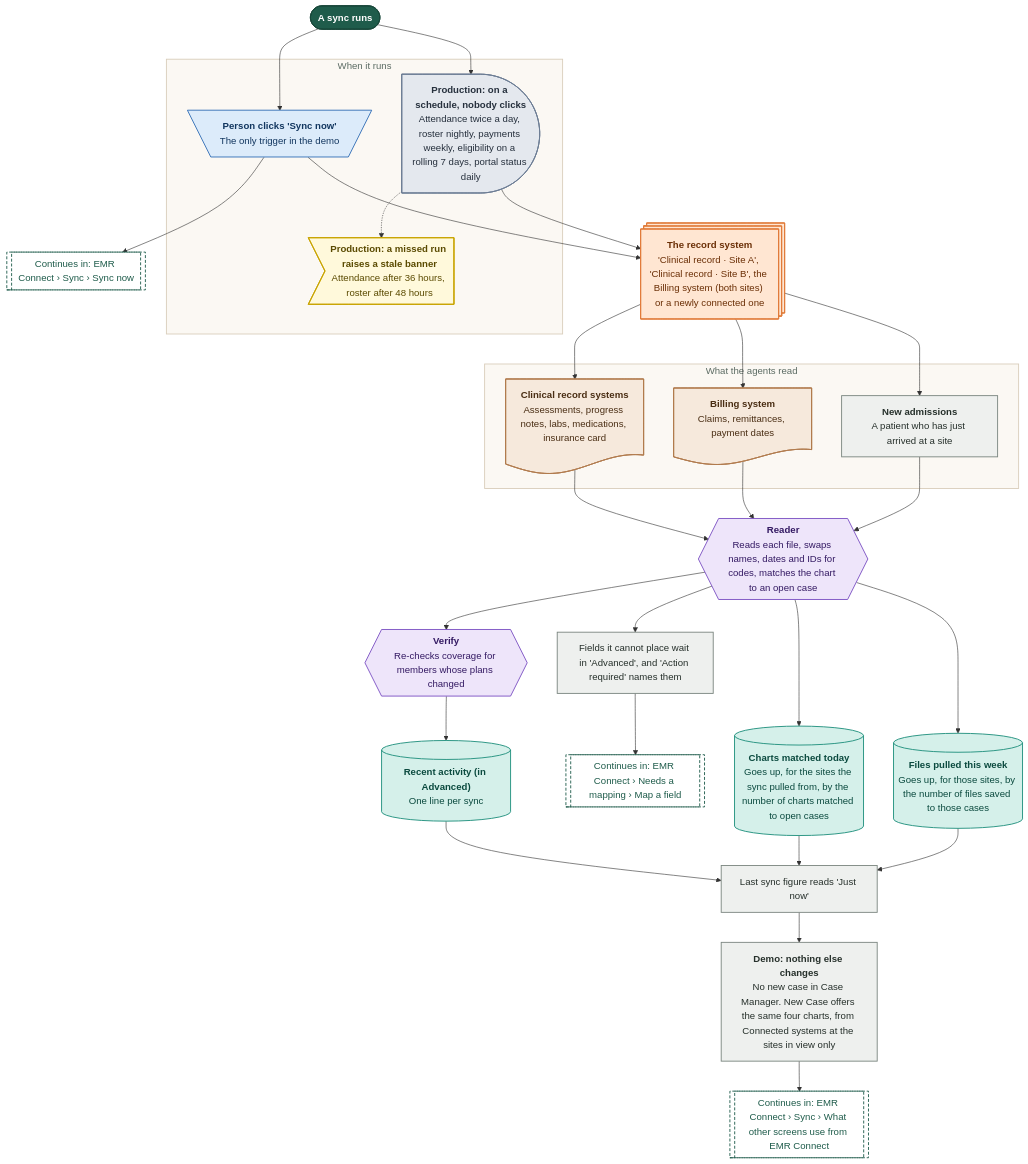
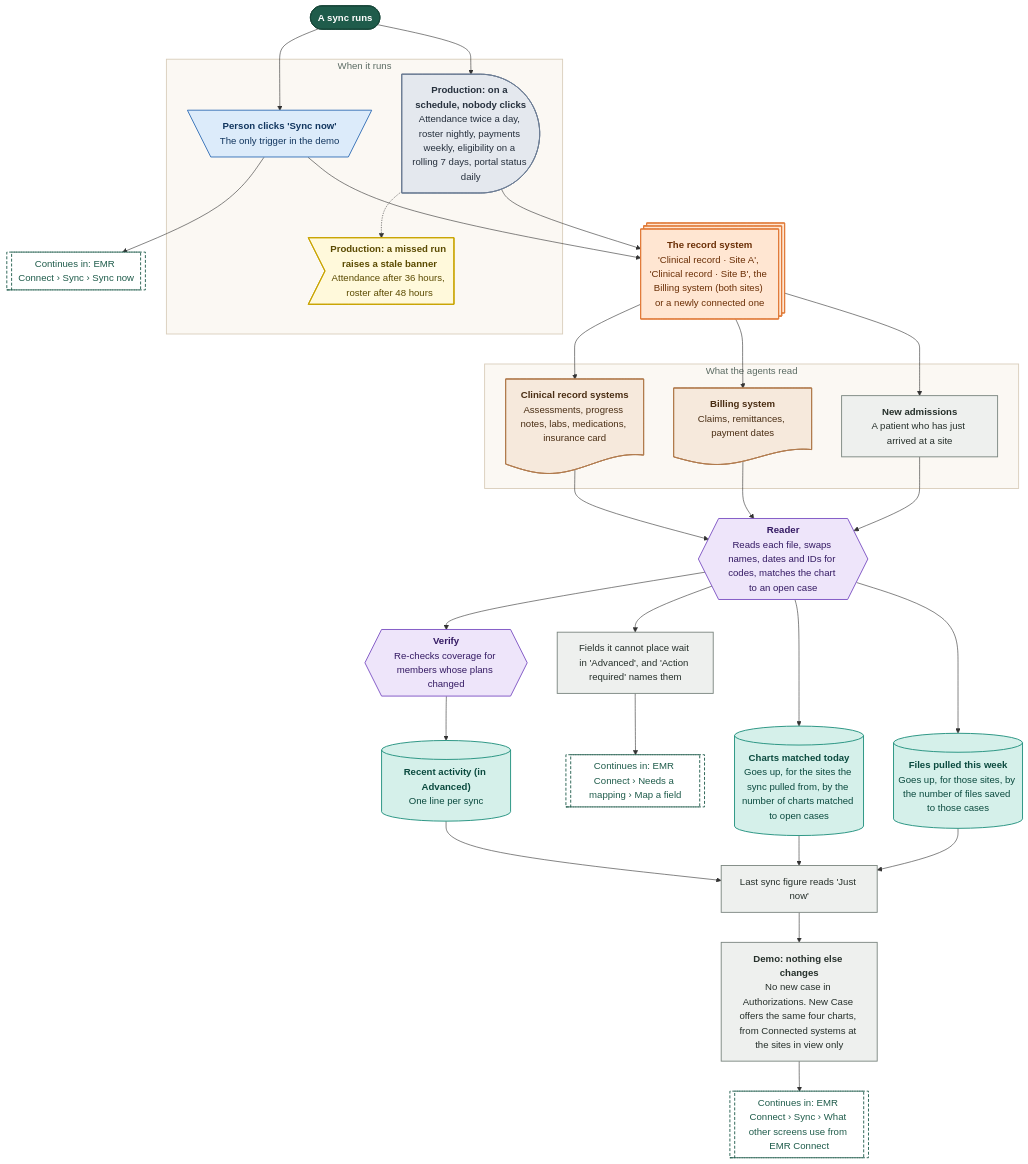
Before and after one commit to Shrav143/psyfloapp: diagram 12 of 22 in demos/prior-auth-demo/workflows/out/md/09-emr-connect.md, drawn with Mermaid. The commit also changed 113 other files, not shown here.

First line of the commit message:
docs: workflow diagrams for the merged Authorizations (worklist, approved, reviews and tracked cases, sidebar arrow), every link retargeted, 336 diagrams

````diff
--- a/demos/prior-auth-demo/workflows/out/md/09-emr-connect.md
+++ b/demos/prior-auth-demo/workflows/out/md/09-emr-connect.md
@@ -906,70 +906,70 @@
 ```mermaid
 %%{init: {"theme":"base","themeVariables":{"fontFamily":"'DM Sans', 'Segoe UI', system-ui, sans-serif","fontSize":"15px","lineColor":"#5B6B63","primaryTextColor":"#1C2B25","clusterBkg":"#FBF8F3","clusterBorder":"#D9CDBB","edgeLabelBackground":"#FFFFFF"},"flowchart":{"curve":"basis","nodeSpacing":36,"rankSpacing":48,"padding":12,"htmlLabels":true,"useMaxWidth":false,"wrappingWidth":230}} }%%
 flowchart TD
   classDef k_start fill:#1F5C4B,stroke:#174638,color:#FFFFFF,stroke-width:1.5px,font-weight:600
   classDef k_end fill:#DDEFE3,stroke:#2E7D4F,color:#14502F,stroke-width:1.5px,font-weight:600
   classDef k_endx fill:#FBE3E0,stroke:#C0392B,color:#7A1F16,stroke-width:1.5px,font-weight:600
   classDef k_screen fill:#FFFDF8,stroke:#1F5C4B,color:#1C2B25,stroke-width:2px
   classDef k_overlay fill:#F1F7F3,stroke:#1F5C4B,color:#1C2B25,stroke-width:2px,stroke-dasharray:5 3
   classDef k_click fill:#DCEBFA,stroke:#2F6DB5,color:#12365F,stroke-width:1.5px
   classDef k_input fill:#E4E7FF,stroke:#4C5FD5,color:#1D2670,stroke-width:1.5px
   classDef k_process fill:#EEF0EE,stroke:#7A857F,color:#26302B,stroke-width:1.5px
   classDef k_agent fill:#EEE5FA,stroke:#7A4FC2,color:#341A63,stroke-width:1.5px
   classDef k_decision fill:#FFF0CC,stroke:#D9962B,color:#5C3B00,stroke-width:1.5px
   classDef k_store fill:#D5F0EA,stroke:#1C8E7B,color:#0B4A3F,stroke-width:1.5px
   classDef k_doc fill:#F6E9DC,stroke:#B07A4C,color:#4A2E14,stroke-width:1.5px
   classDef k_ext fill:#FFE6D2,stroke:#E07B39,color:#6B2F06,stroke-width:1.5px
   classDef k_wait fill:#E4E8EE,stroke:#6B7C93,color:#26303D,stroke-width:1.5px
   classDef k_toast fill:#FFF9DB,stroke:#C9A400,color:#5A4A00,stroke-width:1.5px
   classDef k_goto fill:#FFFFFF,stroke:#1F5C4B,color:#1F5C4B,stroke-width:1.5px,stroke-dasharray:5 3
   s1@{ shape: stadium, label: "A sync runs" }
   subgraph gWhen ["When it runs"]
   w1@{ shape: trap-t, label: "<b>Person clicks 'Sync now'</b><br/>The only trigger in the demo" }
   w2@{ shape: delay, label: "<b>Production: on a schedule, nobody clicks</b><br/>Attendance twice a day, roster nightly, payments weekly, eligibility on a rolling 7 days, portal status daily" }
   w3@{ shape: odd, label: "<b>Production: a missed run raises a stale banner</b><br/>Attendance after 36 hours, roster after 48 hours" }
   end
   x1@{ shape: st-rect, label: "<b>The record system</b><br/>'Clinical record · Site A', 'Clinical record · Site B', the Billing system (both sites) or a newly connected one" }
   subgraph gPull ["What the agents read"]
   d1@{ shape: doc, label: "<b>Clinical record systems</b><br/>Assessments, progress notes, labs, medications, insurance card" }
   d2@{ shape: doc, label: "<b>Billing system</b><br/>Claims, remittances, payment dates" }
   d3@{ shape: rect, label: "<b>New admissions</b><br/>A patient who has just arrived at a site" }
   end
   a1@{ shape: hex, label: "<b>Reader</b><br/>Reads each file, swaps names, dates and IDs for codes, matches the chart to an open case" }
   a2@{ shape: hex, label: "<b>Verify</b><br/>Re-checks coverage for members whose plans changed" }
   p1@{ shape: rect, label: "Fields it cannot place wait in 'Advanced', and 'Action required' names them" }
   s2@{ shape: cyl, label: "<b>Charts matched today</b><br/>Goes up, for the sites the sync pulled from, by the number of charts matched to open cases" }
   s3@{ shape: cyl, label: "<b>Files pulled this week</b><br/>Goes up, for those sites, by the number of files saved to those cases" }
   s4@{ shape: cyl, label: "<b>Recent activity (in Advanced)</b><br/>One line per sync" }
-  p2@{ shape: rect, label: "<b>Demo: nothing else changes</b><br/>No new case in Case Manager. New Case offers the same four charts, from Connected systems at the sites in view only" }
+  p2@{ shape: rect, label: "<b>Demo: nothing else changes</b><br/>No new case in Authorizations. New Case offers the same four charts, from Connected systems at the sites in view only" }
   e1@{ shape: rect, label: "Last sync figure reads 'Just now'" }
   g1@{ shape: subproc, label: "Continues in: EMR Connect › Sync › Sync now" }
   g2@{ shape: subproc, label: "Continues in: EMR Connect › Needs a mapping › Map a field" }
   g3@{ shape: subproc, label: "Continues in: EMR Connect › Sync › What other screens use from EMR Connect" }
   s1 --> w1 & w2
   w2 -.-> w3
   w1 --> g1
   w1 --> x1
   w2 --> x1
   x1 --> d1 & d2 & d3
   d1 & d2 & d3 --> a1
   a1 --> a2
   a1 --> p1
   p1 --> g2
   a1 --> s2 & s3
   a2 --> s4
   s2 & s3 & s4 --> e1
   e1 --> p2
   p2 --> g3
   class s1 k_start
   class w1 k_click
   class w2 k_wait
   class w3 k_toast
   class x1 k_ext
   class d1,d2 k_doc
   class d3,p1,p2,e1 k_process
   class a1,a2 k_agent
   class s2,s3,s4 k_store
   class g1,g2,g3 k_goto
   style gWhen fill:#FBF8F3,stroke:#D9CDBB,stroke-width:1.5px,color:#5B6B63
   style gPull fill:#FBF8F3,stroke:#D9CDBB,stroke-width:1.5px,color:#5B6B63
 ```
````
